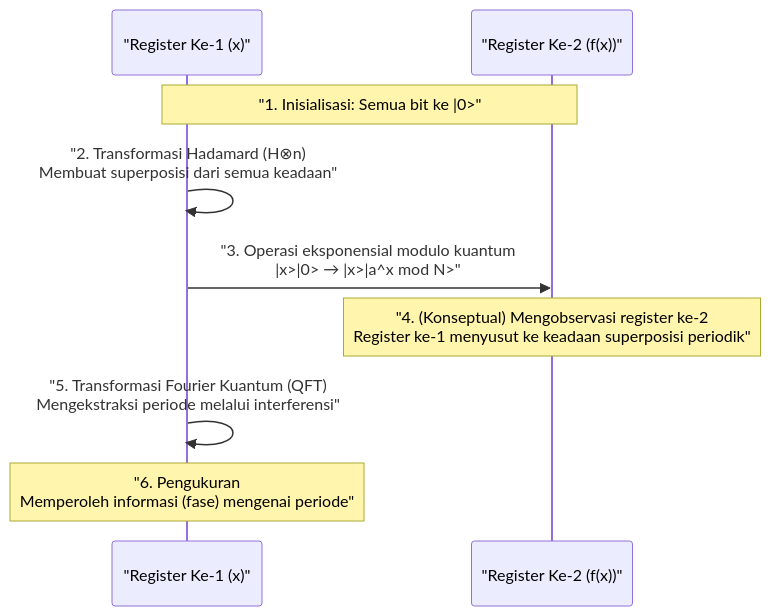
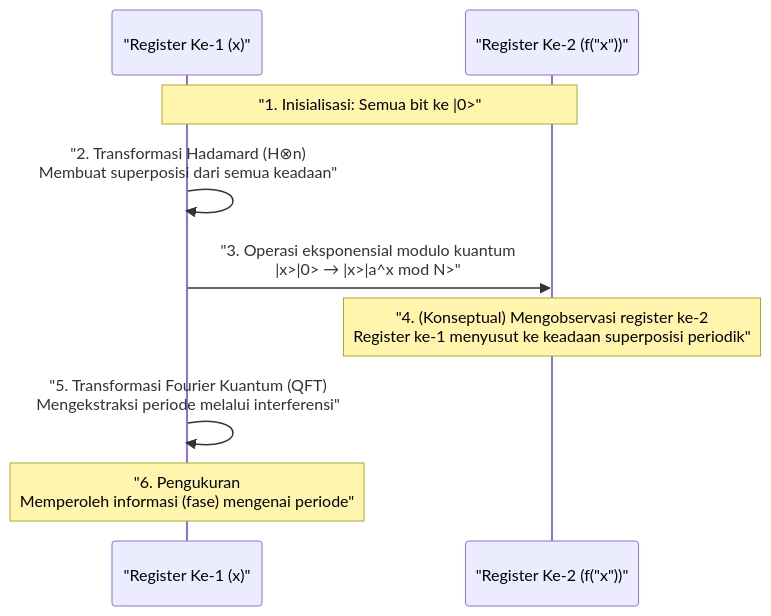
Before and after one commit to kenjinote/blog: the second of 2 diagrams in content/post/quantum-computing-shors-algorithm/index.id.md, drawn with Mermaid. The commit also changed 929 other files, not shown here.

Commit message:
fix: Add double quotes to all Mermaid node texts to resolve syntax errors

````diff
--- a/content/post/quantum-computing-shors-algorithm/index.id.md
+++ b/content/post/quantum-computing-shors-algorithm/index.id.md
@@ -197,12 +197,12 @@
 ```mermaid
 sequenceDiagram
     participant Q_Reg1 as "Register Ke-1 (x)"
-    participant Q_Reg2 as "Register Ke-2 (f(x))"
+    participant Q_Reg2 as "Register Ke-2 (f("x"))"
     
     Note over Q_Reg1,Q_Reg2: "1. Inisialisasi: Semua bit ke |0>"
     Q_Reg1->>Q_Reg1: "2. Transformasi Hadamard (H⊗n) <br/>Membuat superposisi dari semua keadaan"
     Q_Reg1->>Q_Reg2: "3. Operasi eksponensial modulo kuantum <br/> |x>|0> → |x>|a^x mod N>"
     Note over Q_Reg2: "4. (Konseptual) Mengobservasi register ke-2<br/>Register ke-1 menyusut ke keadaan superposisi periodik"
     Q_Reg1->>Q_Reg1: "5. Transformasi Fourier Kuantum (QFT)<br/>Mengekstraksi periode melalui interferensi"
     Note over Q_Reg1: "6. Pengukuran<br/>Memperoleh informasi (fase) mengenai periode"
 ```
````
